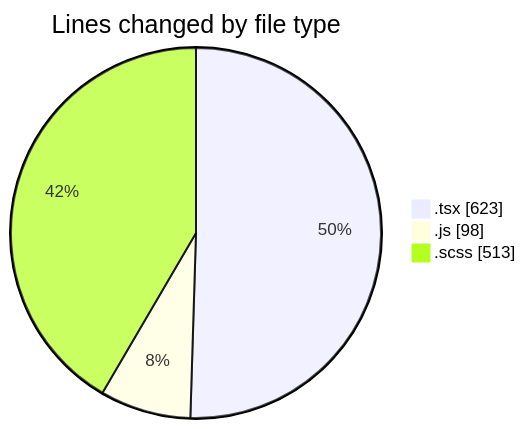
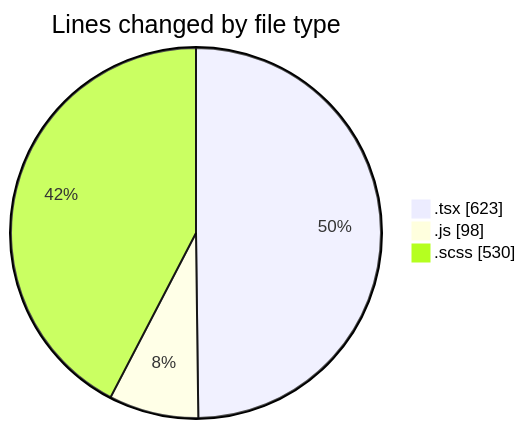
One commit to momahboobian/code-tracking changed the first of 2 diagrams in 2025-03-31/cda/README.md. Above: the diagram before and after it, drawn with Mermaid. The commit also changed other lines of this file and 1 other file, not shown here.

````diff
--- a/2025-03-31/cda/README.md
+++ b/2025-03-31/cda/README.md
@@ -28,7 +28,7 @@
 ```mermaid
 pie showData
 title Lines changed by file type
 ".tsx" : 623
 ".js" : 98
-".scss" : 513
+".scss" : 530
 ```
````
